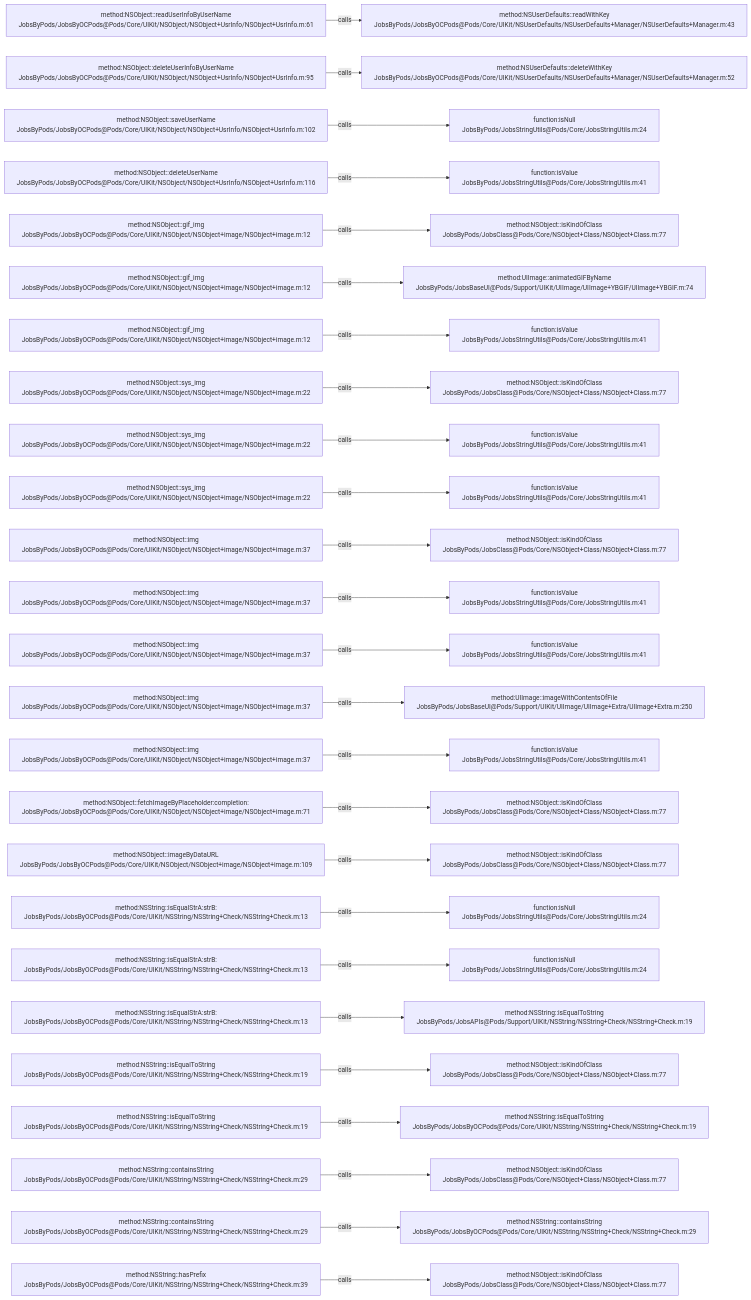
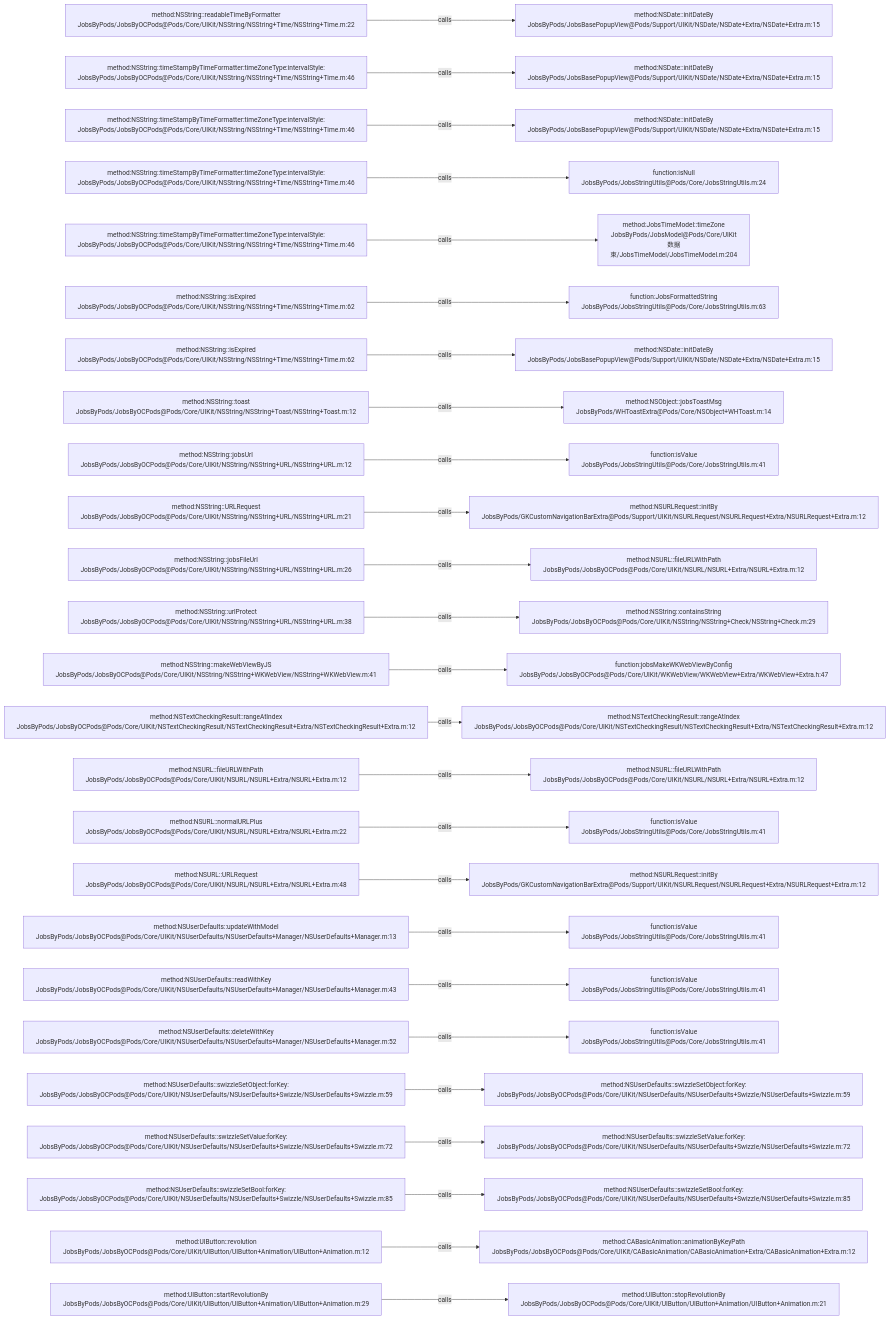
The diagram in .codegraph/codegraph.md/graphs/calls-055.md (JobsKits/JobsOCBaseConfigDemo), drawn with Mermaid before and after one commit. The commit also changed 639 other files, not shown here.

````diff
--- a/.codegraph/codegraph.md/graphs/calls-055.md
+++ b/.codegraph/codegraph.md/graphs/calls-055.md
@@ -13,78 +13,78 @@
 ```mermaid
 flowchart LR
-  S1["method:NSObject::readUserInfoByUserName<br/>JobsByPods/JobsByOCPods@Pods/Core/UIKit/NSObject/NSObject+UsrInfo/NSObject+UsrInfo.m:61"]
-  T1["method:NSUserDefaults::readWithKey<br/>JobsByPods/JobsByOCPods@Pods/Core/UIKit/NSUserDefaults/NSUserDefaults+Manager/NSUserDefaults+Manager.m:43"]
+  S1["method:NSString::readableTimeByFormatter<br/>JobsByPods/JobsByOCPods@Pods/Core/UIKit/NSString/NSString+Time/NSString+Time.m:22"]
+  T1["method:NSDate::initDateBy<br/>JobsByPods/JobsBasePopupView@Pods/Support/UIKit/NSDate/NSDate+Extra/NSDate+Extra.m:15"]
   S1 -->|calls| T1
-  S2["method:NSObject::deleteUserInfoByUserName<br/>JobsByPods/JobsByOCPods@Pods/Core/UIKit/NSObject/NSObject+UsrInfo/NSObject+UsrInfo.m:95"]
-  T2["method:NSUserDefaults::deleteWithKey<br/>JobsByPods/JobsByOCPods@Pods/Core/UIKit/NSUserDefaults/NSUserDefaults+Manager/NSUserDefaults+Manager.m:52"]
+  S2["method:NSString::timeStampByTimeFormatter:timeZoneType:intervalStyle:<br/>JobsByPods/JobsByOCPods@Pods/Core/UIKit/NSString/NSString+Time/NSString+Time.m:46"]
+  T2["method:NSDate::initDateBy<br/>JobsByPods/JobsBasePopupView@Pods/Support/UIKit/NSDate/NSDate+Extra/NSDate+Extra.m:15"]
   S2 -->|calls| T2
-  S3["method:NSObject::saveUserName<br/>JobsByPods/JobsByOCPods@Pods/Core/UIKit/NSObject/NSObject+UsrInfo/NSObject+UsrInfo.m:102"]
-  T3["function:isNull<br/>JobsByPods/JobsStringUtils@Pods/Core/JobsStringUtils.m:24"]
+  S3["method:NSString::timeStampByTimeFormatter:timeZoneType:intervalStyle:<br/>JobsByPods/JobsByOCPods@Pods/Core/UIKit/NSString/NSString+Time/NSString+Time.m:46"]
+  T3["method:NSDate::initDateBy<br/>JobsByPods/JobsBasePopupView@Pods/Support/UIKit/NSDate/NSDate+Extra/NSDate+Extra.m:15"]
   S3 -->|calls| T3
-  S4["method:NSObject::deleteUserName<br/>JobsByPods/JobsByOCPods@Pods/Core/UIKit/NSObject/NSObject+UsrInfo/NSObject+UsrInfo.m:116"]
-  T4["function:isValue<br/>JobsByPods/JobsStringUtils@Pods/Core/JobsStringUtils.m:41"]
+  S4["method:NSString::timeStampByTimeFormatter:timeZoneType:intervalStyle:<br/>JobsByPods/JobsByOCPods@Pods/Core/UIKit/NSString/NSString+Time/NSString+Time.m:46"]
+  T4["function:isNull<br/>JobsByPods/JobsStringUtils@Pods/Core/JobsStringUtils.m:24"]
   S4 -->|calls| T4
-  S5["method:NSObject::gif_img<br/>JobsByPods/JobsByOCPods@Pods/Core/UIKit/NSObject/NSObject+image/NSObject+image.m:12"]
-  T5["method:NSObject::isKindOfClass<br/>JobsByPods/JobsClass@Pods/Core/NSObject+Class/NSObject+Class.m:77"]
+  S5["method:NSString::timeStampByTimeFormatter:timeZoneType:intervalStyle:<br/>JobsByPods/JobsByOCPods@Pods/Core/UIKit/NSString/NSString+Time/NSString+Time.m:46"]
+  T5["method:JobsTimeModel::timeZone<br/>JobsByPods/JobsModel@Pods/Core/UIKit数据束/JobsTimeModel/JobsTimeModel.m:204"]
   S5 -->|calls| T5
-  S6["method:NSObject::gif_img<br/>JobsByPods/JobsByOCPods@Pods/Core/UIKit/NSObject/NSObject+image/NSObject+image.m:12"]
-  T6["method:UIImage::animatedGIFByName<br/>JobsByPods/JobsBaseUI@Pods/Support/UIKit/UIImage/UIImage+YBGIF/UIImage+YBGIF.m:74"]
+  S6["method:NSString::isExpired<br/>JobsByPods/JobsByOCPods@Pods/Core/UIKit/NSString/NSString+Time/NSString+Time.m:62"]
+  T6["function:JobsFormattedString<br/>JobsByPods/JobsStringUtils@Pods/Core/JobsStringUtils.m:63"]
   S6 -->|calls| T6
-  S7["method:NSObject::gif_img<br/>JobsByPods/JobsByOCPods@Pods/Core/UIKit/NSObject/NSObject+image/NSObject+image.m:12"]
-  T7["function:isValue<br/>JobsByPods/JobsStringUtils@Pods/Core/JobsStringUtils.m:41"]
+  S7["method:NSString::isExpired<br/>JobsByPods/JobsByOCPods@Pods/Core/UIKit/NSString/NSString+Time/NSString+Time.m:62"]
+  T7["method:NSDate::initDateBy<br/>JobsByPods/JobsBasePopupView@Pods/Support/UIKit/NSDate/NSDate+Extra/NSDate+Extra.m:15"]
   S7 -->|calls| T7
-  S8["method:NSObject::sys_img<br/>JobsByPods/JobsByOCPods@Pods/Core/UIKit/NSObject/NSObject+image/NSObject+image.m:22"]
-  T8["method:NSObject::isKindOfClass<br/>JobsByPods/JobsClass@Pods/Core/NSObject+Class/NSObject+Class.m:77"]
+  S8["method:NSString::toast<br/>JobsByPods/JobsByOCPods@Pods/Core/UIKit/NSString/NSString+Toast/NSString+Toast.m:12"]
+  T8["method:NSObject::jobsToastMsg<br/>JobsByPods/WHToastExtra@Pods/Core/NSObject+WHToast.m:14"]
   S8 -->|calls| T8
-  S9["method:NSObject::sys_img<br/>JobsByPods/JobsByOCPods@Pods/Core/UIKit/NSObject/NSObject+image/NSObject+image.m:22"]
+  S9["method:NSString::jobsUrl<br/>JobsByPods/JobsByOCPods@Pods/Core/UIKit/NSString/NSString+URL/NSString+URL.m:12"]
   T9["function:isValue<br/>JobsByPods/JobsStringUtils@Pods/Core/JobsStringUtils.m:41"]
   S9 -->|calls| T9
-  S10["method:NSObject::sys_img<br/>JobsByPods/JobsByOCPods@Pods/Core/UIKit/NSObject/NSObject+image/NSObject+image.m:22"]
-  T10["function:isValue<br/>JobsByPods/JobsStringUtils@Pods/Core/JobsStringUtils.m:41"]
+  S10["method:NSString::URLRequest<br/>JobsByPods/JobsByOCPods@Pods/Core/UIKit/NSString/NSString+URL/NSString+URL.m:21"]
+  T10["method:NSURLRequest::initBy<br/>JobsByPods/GKCustomNavigationBarExtra@Pods/Support/UIKit/NSURLRequest/NSURLRequest+Extra/NSURLRequest+Extra.m:12"]
   S10 -->|calls| T10
-  S11["method:NSObject::img<br/>JobsByPods/JobsByOCPods@Pods/Core/UIKit/NSObject/NSObject+image/NSObject+image.m:37"]
-  T11["method:NSObject::isKindOfClass<br/>JobsByPods/JobsClass@Pods/Core/NSObject+Class/NSObject+Class.m:77"]
+  S11["method:NSString::jobsFileUrl<br/>JobsByPods/JobsByOCPods@Pods/Core/UIKit/NSString/NSString+URL/NSString+URL.m:26"]
+  T11["method:NSURL::fileURLWithPath<br/>JobsByPods/JobsByOCPods@Pods/Core/UIKit/NSURL/NSURL+Extra/NSURL+Extra.m:12"]
   S11 -->|calls| T11
-  S12["method:NSObject::img<br/>JobsByPods/JobsByOCPods@Pods/Core/UIKit/NSObject/NSObject+image/NSObject+image.m:37"]
-  T12["function:isValue<br/>JobsByPods/JobsStringUtils@Pods/Core/JobsStringUtils.m:41"]
+  S12["method:NSString::urlProtect<br/>JobsByPods/JobsByOCPods@Pods/Core/UIKit/NSString/NSString+URL/NSString+URL.m:38"]
+  T12["method:NSString::containsString<br/>JobsByPods/JobsByOCPods@Pods/Core/UIKit/NSString/NSString+Check/NSString+Check.m:29"]
   S12 -->|calls| T12
-  S13["method:NSObject::img<br/>JobsByPods/JobsByOCPods@Pods/Core/UIKit/NSObject/NSObject+image/NSObject+image.m:37"]
-  T13["function:isValue<br/>JobsByPods/JobsStringUtils@Pods/Core/JobsStringUtils.m:41"]
+  S13["method:NSString::makeWebViewByJS<br/>JobsByPods/JobsByOCPods@Pods/Core/UIKit/NSString/NSString+WKWebView/NSString+WKWebView.m:41"]
+  T13["function:jobsMakeWKWebViewByConfig<br/>JobsByPods/JobsByOCPods@Pods/Core/UIKit/WKWebView/WKWebView+Extra/WKWebView+Extra.h:47"]
   S13 -->|calls| T13
-  S14["method:NSObject::img<br/>JobsByPods/JobsByOCPods@Pods/Core/UIKit/NSObject/NSObject+image/NSObject+image.m:37"]
-  T14["method:UIImage::imageWithContentsOfFile<br/>JobsByPods/JobsBaseUI@Pods/Support/UIKit/UIImage/UIImage+Extra/UIImage+Extra.m:250"]
+  S14["method:NSTextCheckingResult::rangeAtIndex<br/>JobsByPods/JobsByOCPods@Pods/Core/UIKit/NSTextCheckingResult/NSTextCheckingResult+Extra/NSTextCheckingResult+Extra.m:12"]
+  T14["method:NSTextCheckingResult::rangeAtIndex<br/>JobsByPods/JobsByOCPods@Pods/Core/UIKit/NSTextCheckingResult/NSTextCheckingResult+Extra/NSTextCheckingResult+Extra.m:12"]
   S14 -->|calls| T14
-  S15["method:NSObject::img<br/>JobsByPods/JobsByOCPods@Pods/Core/UIKit/NSObject/NSObject+image/NSObject+image.m:37"]
-  T15["function:isValue<br/>JobsByPods/JobsStringUtils@Pods/Core/JobsStringUtils.m:41"]
+  S15["method:NSURL::fileURLWithPath<br/>JobsByPods/JobsByOCPods@Pods/Core/UIKit/NSURL/NSURL+Extra/NSURL+Extra.m:12"]
+  T15["method:NSURL::fileURLWithPath<br/>JobsByPods/JobsByOCPods@Pods/Core/UIKit/NSURL/NSURL+Extra/NSURL+Extra.m:12"]
   S15 -->|calls| T15
-  S16["method:NSObject::fetchImageByPlaceholder:completion:<br/>JobsByPods/JobsByOCPods@Pods/Core/UIKit/NSObject/NSObject+image/NSObject+image.m:71"]
-  T16["method:NSObject::isKindOfClass<br/>JobsByPods/JobsClass@Pods/Core/NSObject+Class/NSObject+Class.m:77"]
+  S16["method:NSURL::normalURLPlus<br/>JobsByPods/JobsByOCPods@Pods/Core/UIKit/NSURL/NSURL+Extra/NSURL+Extra.m:22"]
+  T16["function:isValue<br/>JobsByPods/JobsStringUtils@Pods/Core/JobsStringUtils.m:41"]
   S16 -->|calls| T16
-  S17["method:NSObject::imageByDataURL<br/>JobsByPods/JobsByOCPods@Pods/Core/UIKit/NSObject/NSObject+image/NSObject+image.m:109"]
-  T17["method:NSObject::isKindOfClass<br/>JobsByPods/JobsClass@Pods/Core/NSObject+Class/NSObject+Class.m:77"]
+  S17["method:NSURL::URLRequest<br/>JobsByPods/JobsByOCPods@Pods/Core/UIKit/NSURL/NSURL+Extra/NSURL+Extra.m:48"]
+  T17["method:NSURLRequest::initBy<br/>JobsByPods/GKCustomNavigationBarExtra@Pods/Support/UIKit/NSURLRequest/NSURLRequest+Extra/NSURLRequest+Extra.m:12"]
   S17 -->|calls| T17
-  S18["method:NSString::isEqualStrA:strB:<br/>JobsByPods/JobsByOCPods@Pods/Core/UIKit/NSString/NSString+Check/NSString+Check.m:13"]
-  T18["function:isNull<br/>JobsByPods/JobsStringUtils@Pods/Core/JobsStringUtils.m:24"]
+  S18["method:NSUserDefaults::updateWithModel<br/>JobsByPods/JobsByOCPods@Pods/Core/UIKit/NSUserDefaults/NSUserDefaults+Manager/NSUserDefaults+Manager.m:13"]
+  T18["function:isValue<br/>JobsByPods/JobsStringUtils@Pods/Core/JobsStringUtils.m:41"]
   S18 -->|calls| T18
-  S19["method:NSString::isEqualStrA:strB:<br/>JobsByPods/JobsByOCPods@Pods/Core/UIKit/NSString/NSString+Check/NSString+Check.m:13"]
-  T19["function:isNull<br/>JobsByPods/JobsStringUtils@Pods/Core/JobsStringUtils.m:24"]
+  S19["method:NSUserDefaults::readWithKey<br/>JobsByPods/JobsByOCPods@Pods/Core/UIKit/NSUserDefaults/NSUserDefaults+Manager/NSUserDefaults+Manager.m:43"]
+  T19["function:isValue<br/>JobsByPods/JobsStringUtils@Pods/Core/JobsStringUtils.m:41"]
   S19 -->|calls| T19
-  S20["method:NSString::isEqualStrA:strB:<br/>JobsByPods/JobsByOCPods@Pods/Core/UIKit/NSString/NSString+Check/NSString+Check.m:13"]
-  T20["method:NSString::isEqualToString<br/>JobsByPods/JobsAPIs@Pods/Support/UIKit/NSString/NSString+Check/NSString+Check.m:19"]
+  S20["method:NSUserDefaults::deleteWithKey<br/>JobsByPods/JobsByOCPods@Pods/Core/UIKit/NSUserDefaults/NSUserDefaults+Manager/NSUserDefaults+Manager.m:52"]
+  T20["function:isValue<br/>JobsByPods/JobsStringUtils@Pods/Core/JobsStringUtils.m:41"]
   S20 -->|calls| T20
-  S21["method:NSString::isEqualToString<br/>JobsByPods/JobsByOCPods@Pods/Core/UIKit/NSString/NSString+Check/NSString+Check.m:19"]
-  T21["method:NSObject::isKindOfClass<br/>JobsByPods/JobsClass@Pods/Core/NSObject+Class/NSObject+Class.m:77"]
+  S21["method:NSUserDefaults::swizzleSetObject:forKey:<br/>JobsByPods/JobsByOCPods@Pods/Core/UIKit/NSUserDefaults/NSUserDefaults+Swizzle/NSUserDefaults+Swizzle.m:59"]
+  T21["method:NSUserDefaults::swizzleSetObject:forKey:<br/>JobsByPods/JobsByOCPods@Pods/Core/UIKit/NSUserDefaults/NSUserDefaults+Swizzle/NSUserDefaults+Swizzle.m:59"]
   S21 -->|calls| T21
-  S22["method:NSString::isEqualToString<br/>JobsByPods/JobsByOCPods@Pods/Core/UIKit/NSString/NSString+Check/NSString+Check.m:19"]
-  T22["method:NSString::isEqualToString<br/>JobsByPods/JobsByOCPods@Pods/Core/UIKit/NSString/NSString+Check/NSString+Check.m:19"]
+  S22["method:NSUserDefaults::swizzleSetValue:forKey:<br/>JobsByPods/JobsByOCPods@Pods/Core/UIKit/NSUserDefaults/NSUserDefaults+Swizzle/NSUserDefaults+Swizzle.m:72"]
+  T22["method:NSUserDefaults::swizzleSetValue:forKey:<br/>JobsByPods/JobsByOCPods@Pods/Core/UIKit/NSUserDefaults/NSUserDefaults+Swizzle/NSUserDefaults+Swizzle.m:72"]
   S22 -->|calls| T22
-  S23["method:NSString::containsString<br/>JobsByPods/JobsByOCPods@Pods/Core/UIKit/NSString/NSString+Check/NSString+Check.m:29"]
-  T23["method:NSObject::isKindOfClass<br/>JobsByPods/JobsClass@Pods/Core/NSObject+Class/NSObject+Class.m:77"]
+  S23["method:NSUserDefaults::swizzleSetBool:forKey:<br/>JobsByPods/JobsByOCPods@Pods/Core/UIKit/NSUserDefaults/NSUserDefaults+Swizzle/NSUserDefaults+Swizzle.m:85"]
+  T23["method:NSUserDefaults::swizzleSetBool:forKey:<br/>JobsByPods/JobsByOCPods@Pods/Core/UIKit/NSUserDefaults/NSUserDefaults+Swizzle/NSUserDefaults+Swizzle.m:85"]
   S23 -->|calls| T23
-  S24["method:NSString::containsString<br/>JobsByPods/JobsByOCPods@Pods/Core/UIKit/NSString/NSString+Check/NSString+Check.m:29"]
-  T24["method:NSString::containsString<br/>JobsByPods/JobsByOCPods@Pods/Core/UIKit/NSString/NSString+Check/NSString+Check.m:29"]
+  S24["method:UIButton::revolution<br/>JobsByPods/JobsByOCPods@Pods/Core/UIKit/UIButton/UIButton+Animation/UIButton+Animation.m:12"]
+  T24["method:CABasicAnimation::animationByKeyPath<br/>JobsByPods/JobsByOCPods@Pods/Core/UIKit/CABasicAnimation/CABasicAnimation+Extra/CABasicAnimation+Extra.m:12"]
   S24 -->|calls| T24
-  S25["method:NSString::hasPrefix<br/>JobsByPods/JobsByOCPods@Pods/Core/UIKit/NSString/NSString+Check/NSString+Check.m:39"]
-  T25["method:NSObject::isKindOfClass<br/>JobsByPods/JobsClass@Pods/Core/NSObject+Class/NSObject+Class.m:77"]
+  S25["method:UIButton::startRevolutionBy<br/>JobsByPods/JobsByOCPods@Pods/Core/UIKit/UIButton/UIButton+Animation/UIButton+Animation.m:29"]
+  T25["method:UIButton::stopRevolutionBy<br/>JobsByPods/JobsByOCPods@Pods/Core/UIKit/UIButton/UIButton+Animation/UIButton+Animation.m:21"]
   S25 -->|calls| T25
 ```
````
